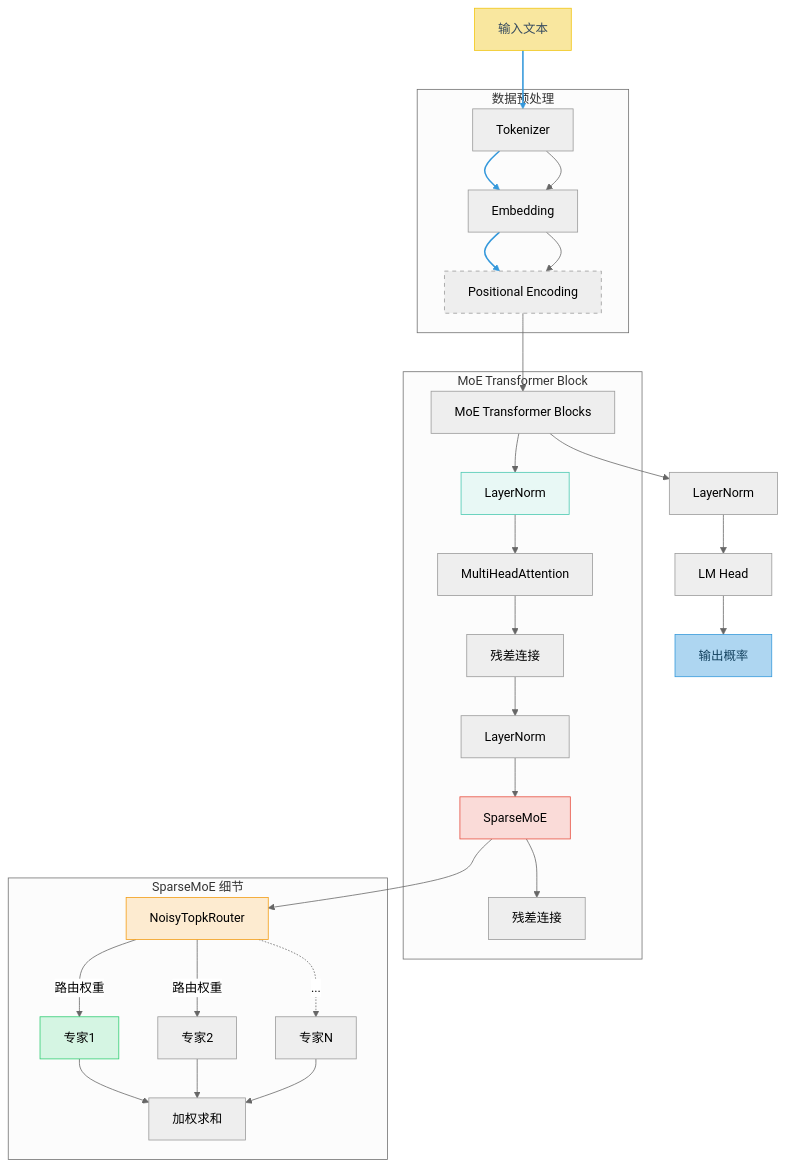
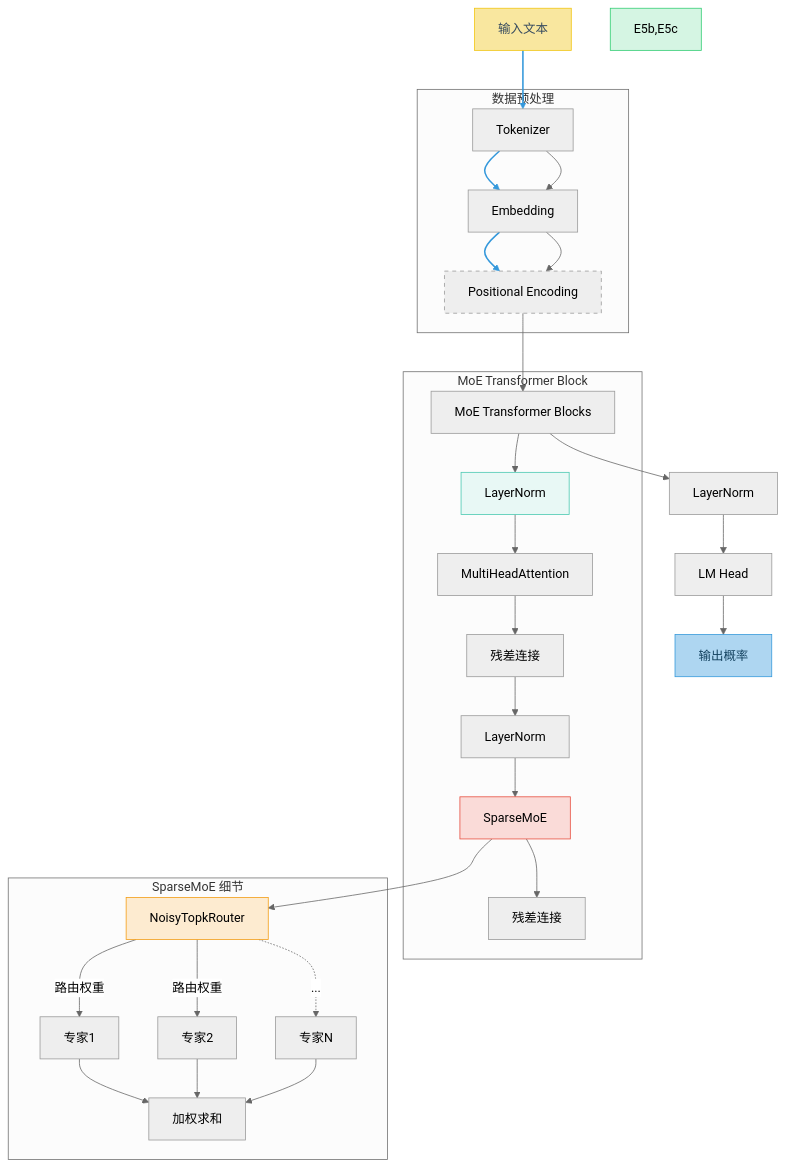
Before and after one commit to runningto/iodraw-files: the diagram in all/未命名-2.md, drawn with Mermaid (neutral theme).

Commit message:
2025-03-29 16:44:21 update

````diff
--- a/all/未命名-2.md
+++ b/all/未命名-2.md
@@ -1,46 +1,46 @@
 ```mermaid
 graph TD
     A[输入文本] --> B[Tokenizer]
     B --> C[Embedding]
     C --> D[Positional Encoding]
     D --> E[MoE Transformer Blocks]
     E --> F[LayerNorm]
     F --> G[LM Head]
     G --> H[输出概率]
 
     style A fill:#F9E79F,stroke:#F1C40F,color:#34495E
     style H fill:#AED6F1,stroke:#3498DB,color:#154360
 
     subgraph "数据预处理"
         B --> C
         C --> D
         style D stroke-dasharray: 5 5
     end
 
     subgraph "MoE Transformer Block"
         E --> E1[LayerNorm]
         E1 --> E2[MultiHeadAttention]
         E2 --> E3[残差连接]
         E3 --> E4[LayerNorm]
         E4 --> E5[SparseMoE]
         E5 --> E6[残差连接]
         style E1 fill:#E8F8F5,stroke:#48C9B0
         style E5 fill:#FADBD8,stroke:#E74C3C
     end
 
     subgraph "SparseMoE 细节"
         E5 --> E5a[NoisyTopkRouter]
         E5a -->|路由权重| E5b[专家1]
         E5a -->|路由权重| E5c[专家2]
         E5a -.->|...| E5d[专家N]
         E5b --> E5e[加权求和]
         E5c --> E5e
         E5d --> E5e
         style E5a fill:#FDEBD0,stroke:#F39C12
-        style E5b fill:#D5F5E3,stroke:#2ECC71
+        style E5b,E5c fill:#D5F5E3,stroke:#2ECC71
         linkStyle 0,1,2 stroke:#3498DB,stroke-width:2px
     end
 
     click E2 "https://pytorch.org/docs/stable/nn.html#multiheadattention" "PyTorch文档"
     click E5 "javascript:alert('专家数:8\\nTop-K:2')" "MoE参数"
 ```
````
